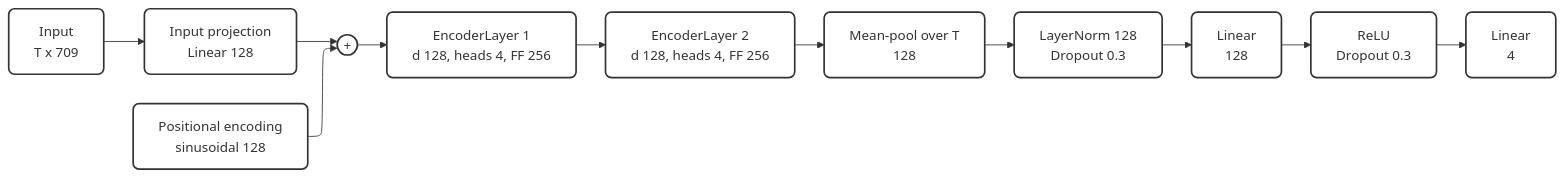
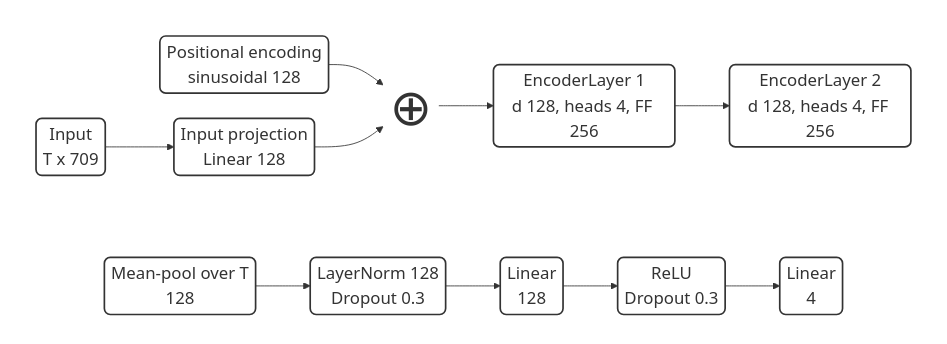
One commit to hoa2004st/CNN-in-CMOSE changed the sixth of 12 diagrams in documents/thesis/diagrams_mermaid.md. Above: the diagram before and after it, drawn with Mermaid. The commit also changed other lines of this file and 29 other files, not shown here.

Commit message:
re-draw diagram, remove line wrap

````diff
--- a/documents/thesis/diagrams_mermaid.md
+++ b/documents/thesis/diagrams_mermaid.md
@@ -109,18 +164,28 @@
 ```mermaid
 ---
 config:
-  layout: elk
+  themeVariables:
+    fontSize: 20px
+  flowchart:
+    padding: 4
+    nodeSpacing: 30
+    rankSpacing: 40
 ---
-flowchart LR
-    A["Input\nT x 709"] --> B["Input projection\nLinear 128"]
-    PE["Positional encoding\nsinusoidal 128"] --> ADD(("+"))
-    B --> ADD
-    ADD --> D1["EncoderLayer 1\nd 128, heads 4, FF 256"]
-    D1 --> D2["EncoderLayer 2\nd 128, heads 4, FF 256"]
-    D2 --> E["Mean-pool over T\n 128"]
-    E --> G["LayerNorm 128 \n Dropout 0.3"]
-    G --> H["Linear\n 128"]
-    H --> I["ReLU\nDropout 0.3"]
-    I --> J["Linear\n 4"]
+flowchart TB
+    subgraph r1[" "]
+      direction LR
+      A["Input\nT x 709"] --> B["Input projection\nLinear 128"]
+      PE["Positional encoding\nsinusoidal 128"] --> ADD["⊕"]:::op
+      B --> ADD
+      ADD --> D1["EncoderLayer 1\nd 128, heads 4, FF 256"] --> D2["EncoderLayer 2\nd 128, heads 4, FF 256"]
+    end
+    subgraph r2[" "]
+      direction LR
+      E["Mean-pool over T\n 128"] --> G["LayerNorm 128 \n Dropout 0.3"] --> H["Linear\n 128"] --> I["ReLU\nDropout 0.3"] --> J["Linear\n 4"]
+    end
+    r1 ~~~ r2
+    style r1 fill:none,stroke:none
+    style r2 fill:none,stroke:none
     classDef default fill:#ffffff,stroke:#333,stroke-width:2px,rx:7px,ry:7px
+    classDef op fill:none,stroke:none,font-size:60px
 ```
````
